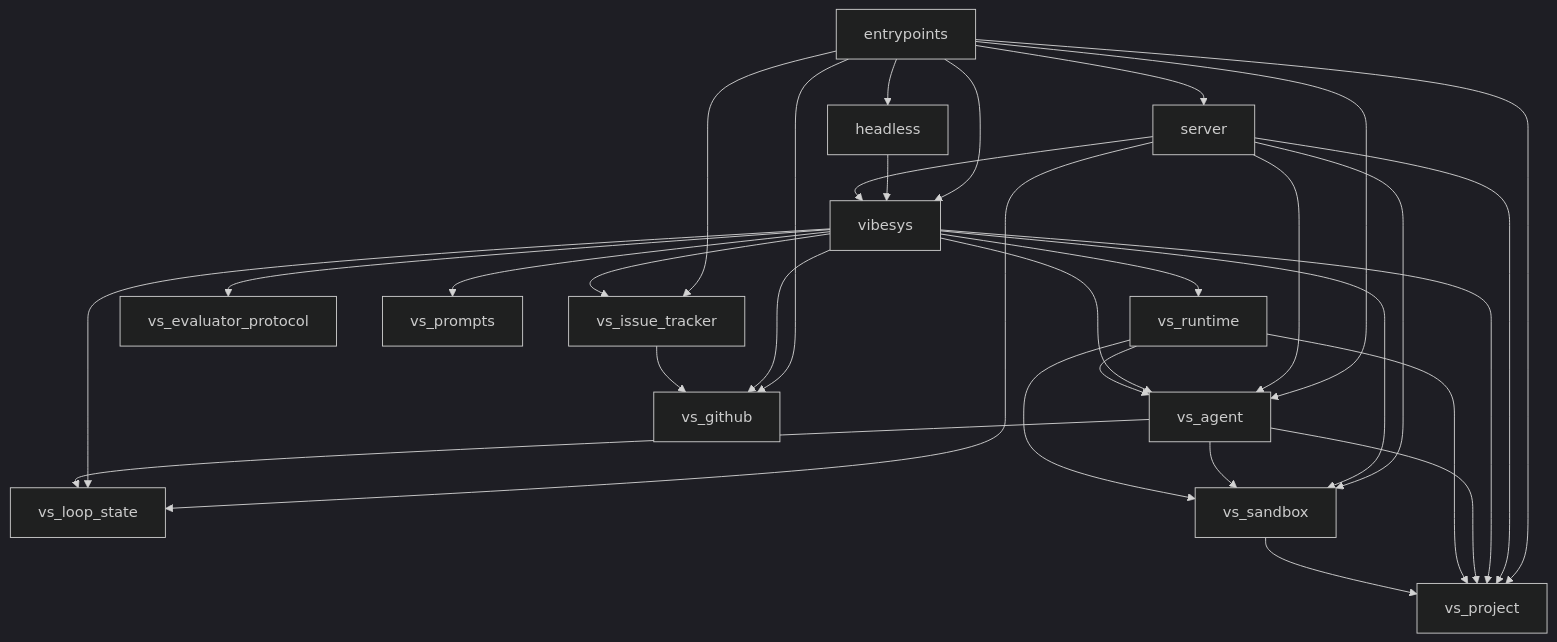
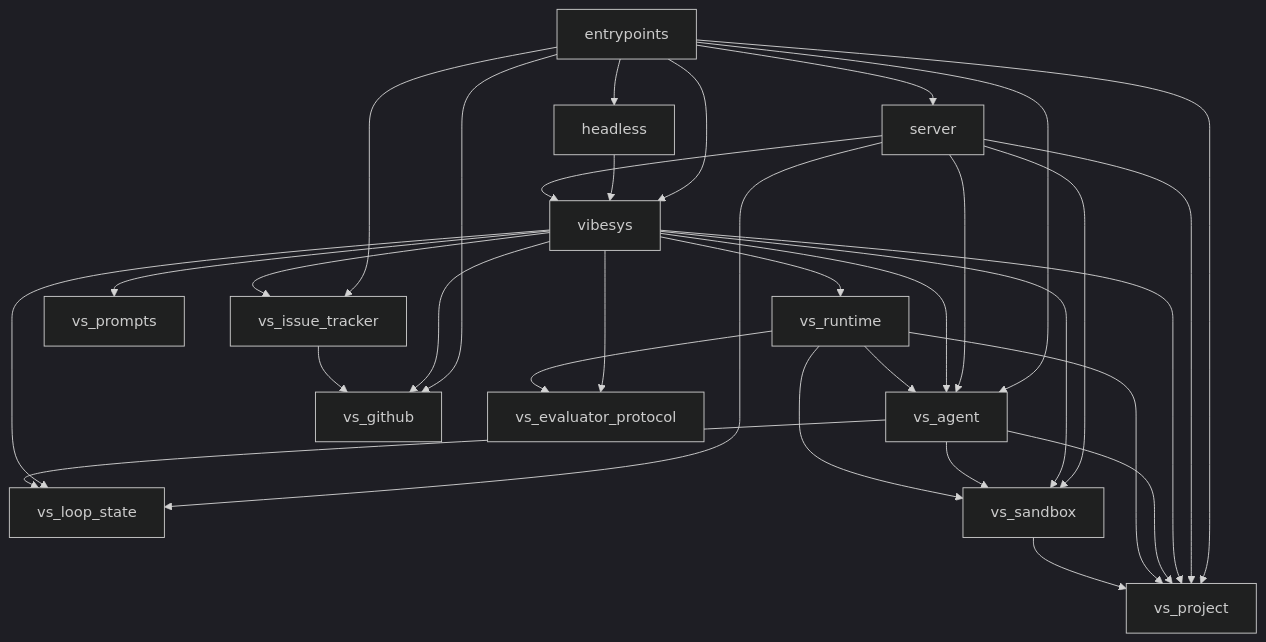
Before and after one commit to uw-syfi/vibesys: the first of 3 diagrams in docs/contributing/architecture.md, drawn with Mermaid (dark theme). The commit also changed other lines of this file and 24 other files, not shown here.

````diff
--- a/docs/contributing/architecture.md
+++ b/docs/contributing/architecture.md
@@ -39,33 +39,34 @@
 ```mermaid
 graph TD
     entrypoints --> headless
     entrypoints --> server
     entrypoints --> vibesys
     entrypoints --> vs_agent
     entrypoints --> vs_github
     entrypoints --> vs_issue_tracker
     entrypoints --> vs_project
     headless --> vibesys
     server --> vibesys
     server --> vs_agent
     server --> vs_loop_state
     server --> vs_project
     server --> vs_sandbox
     vibesys --> vs_agent
     vibesys --> vs_evaluator_protocol
     vibesys --> vs_github
     vibesys --> vs_issue_tracker
     vibesys --> vs_loop_state
     vibesys --> vs_project
     vibesys --> vs_prompts
     vibesys --> vs_runtime
     vibesys --> vs_sandbox
     vs_agent --> vs_loop_state
     vs_agent --> vs_project
     vs_agent --> vs_sandbox
     vs_issue_tracker --> vs_github
     vs_runtime --> vs_agent
+    vs_runtime --> vs_evaluator_protocol
     vs_runtime --> vs_project
     vs_runtime --> vs_sandbox
     vs_sandbox --> vs_project
 ```
````
